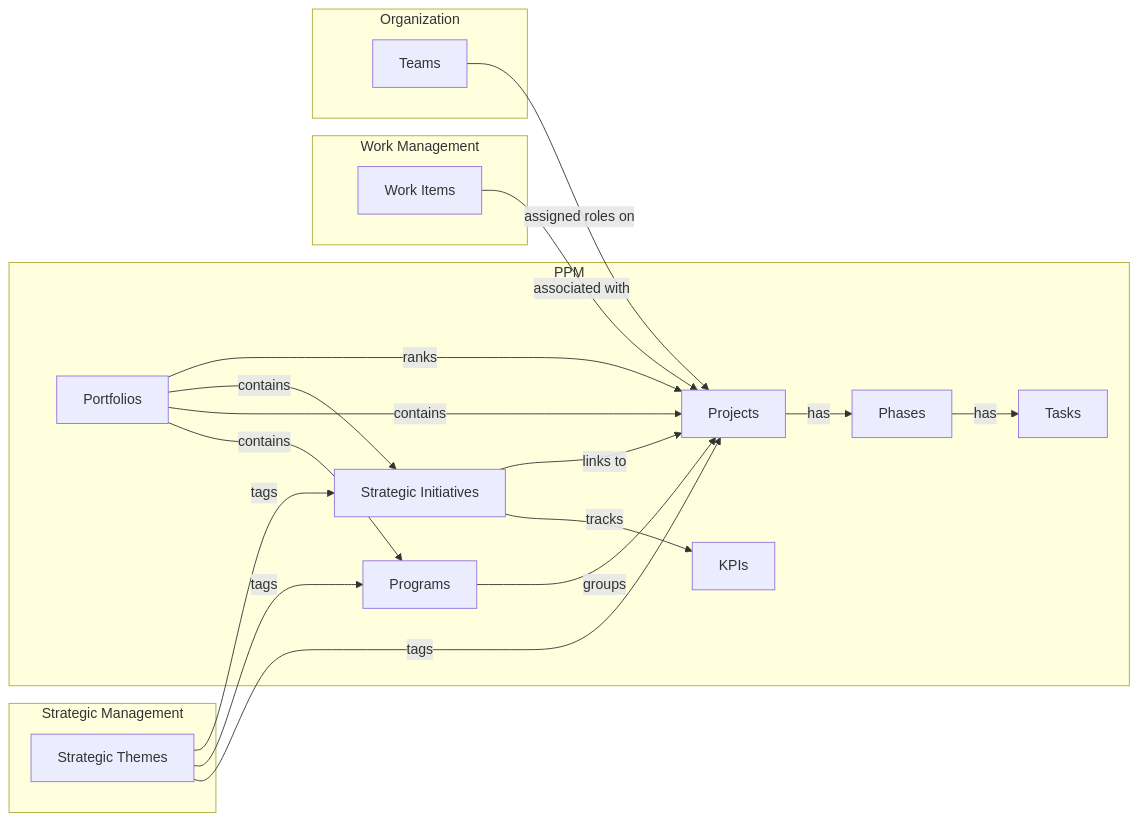
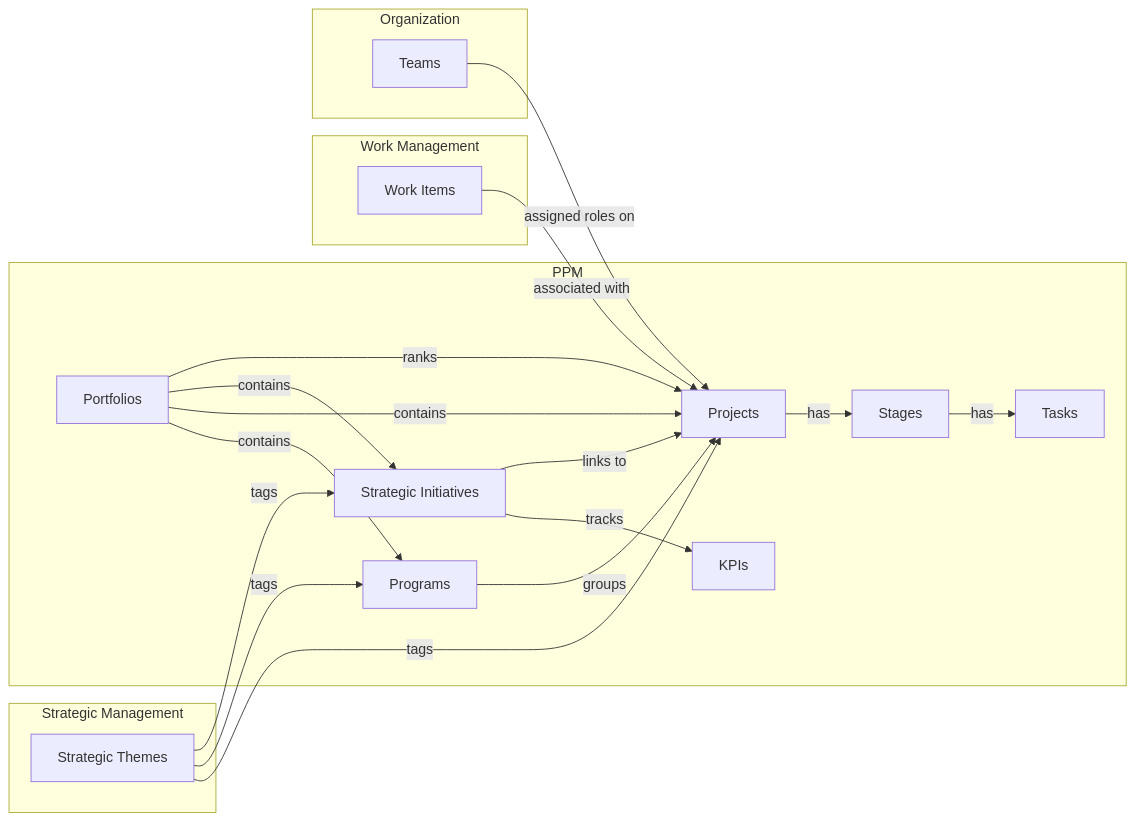
One commit to destacey/Wayd changed the diagram in docs/user-guide/ppm/index.mdx. Above: the diagram before and after it, drawn with Mermaid. The commit also changed other lines of this file and 11 other files, not shown here.

````diff
--- a/docs/user-guide/ppm/index.mdx
+++ b/docs/user-guide/ppm/index.mdx
@@ -16,36 +16,36 @@
 ```mermaid
 graph LR
     subgraph "Strategic Management"
         ST["Strategic Themes"]
     end
     subgraph "PPM"
         PF["Portfolios"]
         Prog["Programs"]
         Proj["Projects"]
         SI["Strategic Initiatives"]
         KPI["KPIs"]
-        Phase["Phases"]
+        Stage["Stages"]
         Task["Tasks"]
     end
     subgraph "Work Management"
         WI["Work Items"]
     end
     subgraph "Organization"
         Team["Teams"]
     end
 
     ST -->|tags| Proj
     ST -->|tags| Prog
     ST -->|tags| SI
     PF -->|contains| Prog
     PF -->|contains| Proj
     PF -->|contains| SI
     PF -->|ranks| Proj
     Prog -->|groups| Proj
-    Proj -->|has| Phase
-    Phase -->|has| Task
+    Proj -->|has| Stage
+    Stage -->|has| Task
     SI -->|tracks| KPI
     SI -->|links to| Proj
     WI -->|associated with| Proj
     Team -->|assigned roles on| Proj
 ```
````
